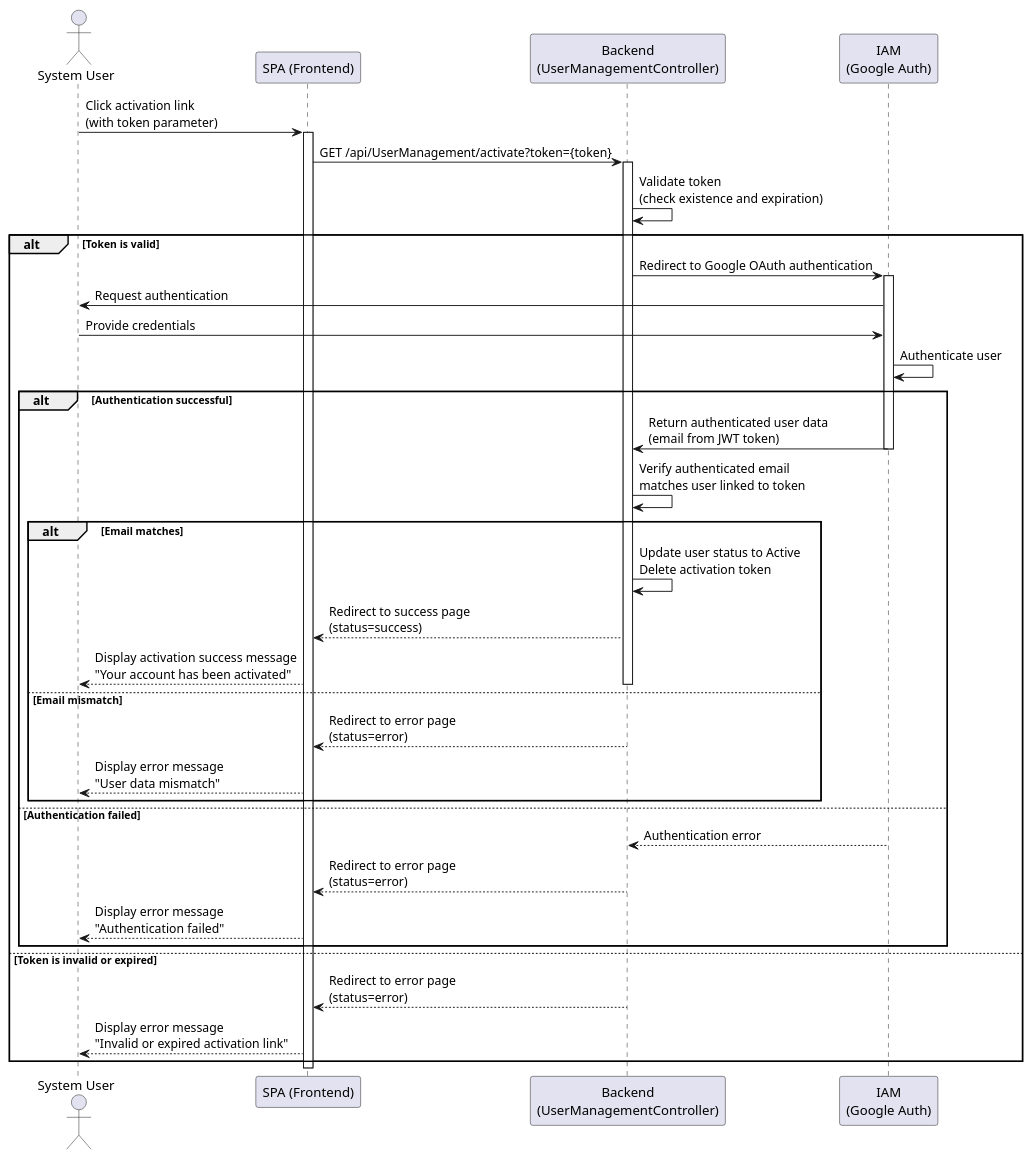
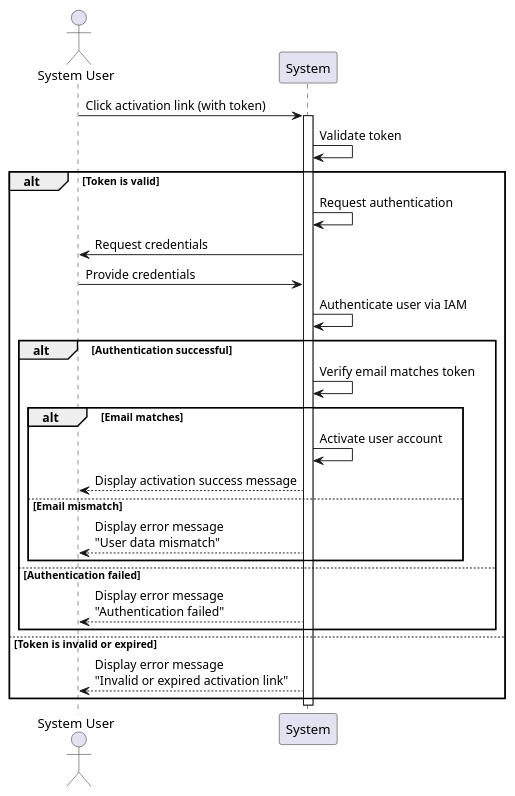
One commit to Departamento-de-Engenharia-Informatica/LEI-SEM5-PI-2025-26-3DK-04 changed the diagram in docs/sprint2/level1/process_view/US3.2.6/SD_US3.2.6.puml. Above: the diagram before and after it, drawn with PlantUML. The commit also changed 33 other files, not shown here.

```diff
--- a/docs/sprint2/level1/process_view/US3.2.6/SD_US3.2.6.puml
+++ b/docs/sprint2/level1/process_view/US3.2.6/SD_US3.2.6.puml
@@ -1,54 +1,34 @@
 @startuml system_sequence_diagram
 actor "System User" as User
-participant "SPA (Frontend)" as Frontend
-participant "Backend\n(UserManagementController)" as Backend
-participant "IAM\n(Google Auth)" as IAM
+participant "System" as System
 
-User -> Frontend: Click activation link\n(with token parameter)
-activate Frontend
+User -> System: Click activation link (with token)
+activate System
 
-Frontend -> Backend: GET /api/UserManagement/activate?token={token}
-activate Backend
-
-Backend -> Backend: Validate token\n(check existence and expiration)
+System -> System: Validate token
 
 alt Token is valid
-    Backend -> IAM: Redirect to Google OAuth authentication
-    activate IAM
-    
-    IAM -> User: Request authentication
-    User -> IAM: Provide credentials
-    IAM -> IAM: Authenticate user
+    System -> System: Request authentication
+    System -> User: Request credentials
+    User -> System: Provide credentials
+    System -> System: Authenticate user via IAM
     
     alt Authentication successful
-        IAM -> Backend: Return authenticated user data\n(email from JWT token)
-        deactivate IAM
-        
-        Backend -> Backend: Verify authenticated email\nmatches user linked to token
+        System -> System: Verify email matches token
         
         alt Email matches
-            Backend -> Backend: Update user status to Active\nDelete activation token
-            Backend --> Frontend: Redirect to success page\n(status=success)
-            Frontend --> User: Display activation success message\n"Your account has been activated"
-            deactivate Backend
+            System -> System: Activate user account
+            System --> User: Display activation success message
         else Email mismatch
-            Backend --> Frontend: Redirect to error page\n(status=error)
-            deactivate Backend
-            Frontend --> User: Display error message\n"User data mismatch"
+            System --> User: Display error message\n"User data mismatch"
         end
     else Authentication failed
-        IAM --> Backend: Authentication error
-        deactivate IAM
-        Backend --> Frontend: Redirect to error page\n(status=error)
-        deactivate Backend
-        Frontend --> User: Display error message\n"Authentication failed"
+        System --> User: Display error message\n"Authentication failed"
     end
 else Token is invalid or expired
-    Backend --> Frontend: Redirect to error page\n(status=error)
-    deactivate Backend
-    Frontend --> User: Display error message\n"Invalid or expired activation link"
+    System --> User: Display error message\n"Invalid or expired activation link"
 end
 
-deactivate Frontend
+deactivate System
 
 @enduml
```
